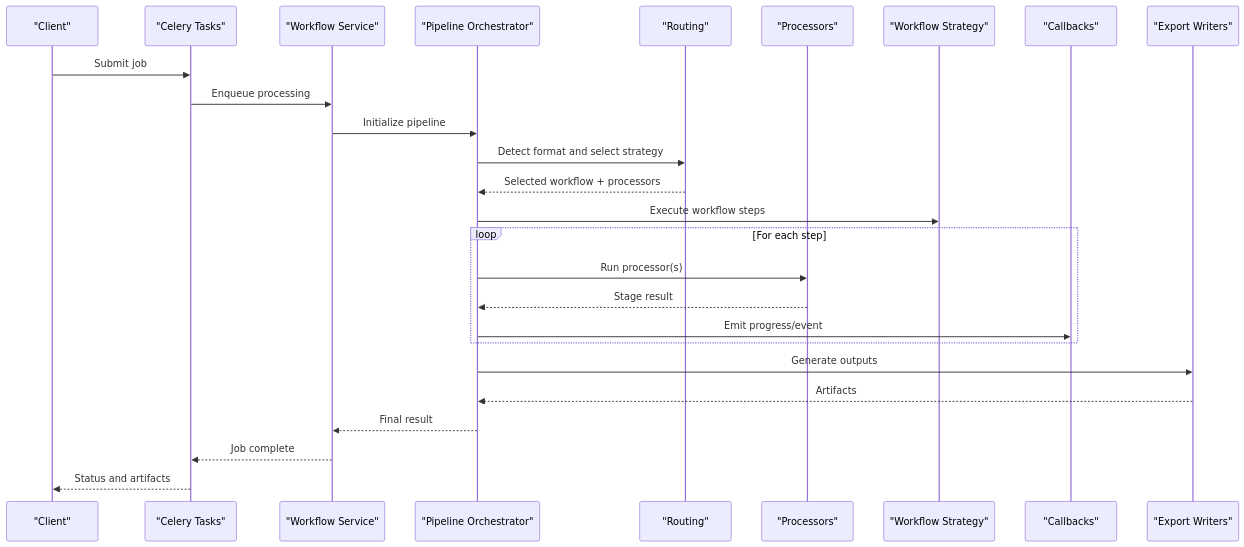
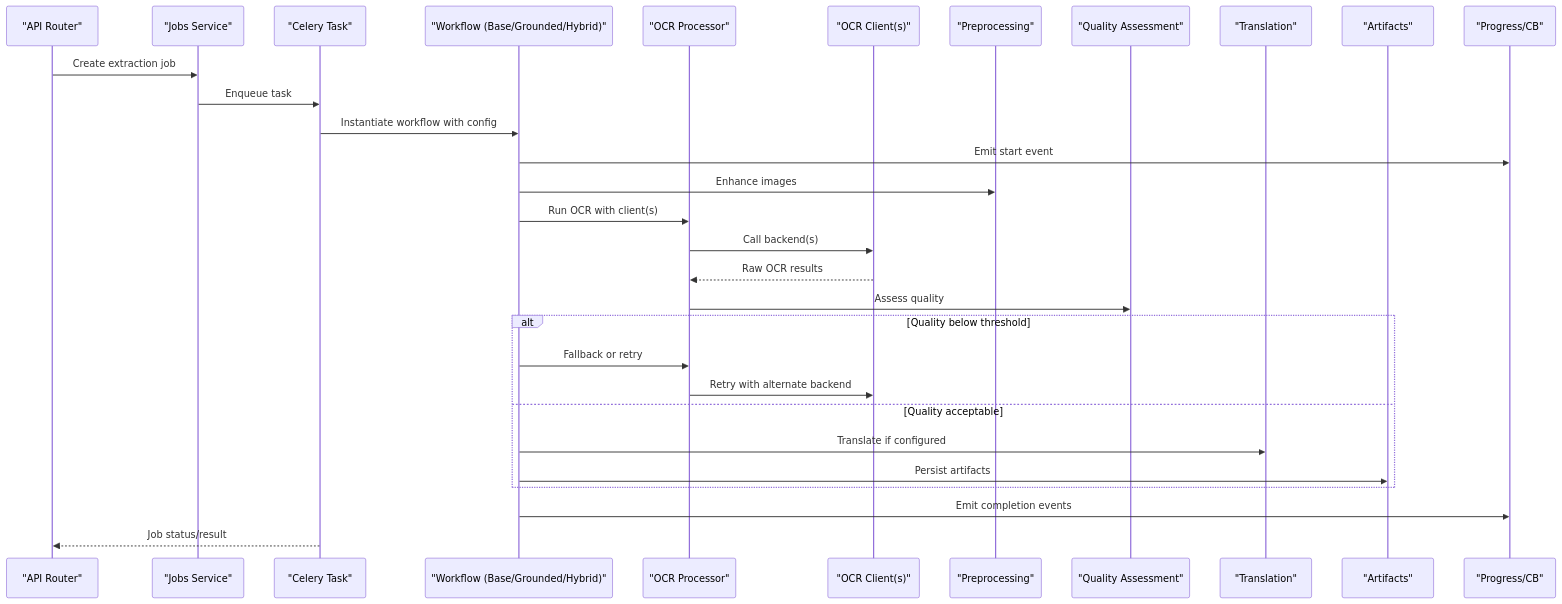
Before and after one commit to Sifr-r/LocalDeepL: the second of 7 diagrams in .qoder/repowiki/en/content/Core Processing Engine/Core Processing Engine.md, drawn with Mermaid. The commit also changed other lines of this file and 246 other files, not shown here.

````diff
--- a/.qoder/repowiki/en/content/Core Processing Engine/Core Processing Engine.md
+++ b/.qoder/repowiki/en/content/Core Processing Engine/Core Processing Engine.md
@@ -172,28 +155,32 @@
 ```mermaid
 sequenceDiagram
-participant Client as "Client"
-participant Tasks as "Celery Tasks"
-participant Svc as "Workflow Service"
-participant Pipe as "Pipeline Orchestrator"
-participant Rout as "Routing"
-participant Proc as "Processors"
-participant Wf as "Workflow Strategy"
-participant Cb as "Callbacks"
-participant Out as "Export Writers"
-Client->>Tasks : Submit job
-Tasks->>Svc : Enqueue processing
-Svc->>Pipe : Initialize pipeline
-Pipe->>Rout : Detect format and select strategy
-Rout-->>Pipe : Selected workflow + processors
-Pipe->>Wf : Execute workflow steps
-loop For each step
-Pipe->>Proc : Run processor(s)
-Proc-->>Pipe : Stage result
-Pipe->>Cb : Emit progress/event
+participant API as "API Router"
+participant Jobs as "Jobs Service"
+participant Task as "Celery Task"
+participant WF as "Workflow (Base/Grounded/Hybrid)"
+participant Proc as "OCR Processor"
+participant Client as "OCR Client(s)"
+participant Pre as "Preprocessing"
+participant QA as "Quality Assessment"
+participant Trans as "Translation"
+participant Art as "Artifacts"
+participant Prog as "Progress/CB"
+API->>Jobs : Create extraction job
+Jobs->>Task : Enqueue task
+Task->>WF : Instantiate workflow with config
+WF->>Prog : Emit start event
+WF->>Pre : Enhance images
+WF->>Proc : Run OCR with client(s)
+Proc->>Client : Call backend(s)
+Client-->>Proc : Raw OCR results
+Proc->>QA : Assess quality
+alt Quality below threshold
+WF->>Proc : Fallback or retry
+Proc->>Client : Retry with alternate backend
+else Quality acceptable
+WF->>Trans : Translate if configured
+WF->>Art : Persist artifacts
 end
-Pipe->>Out : Generate outputs
-Out-->>Pipe : Artifacts
-Pipe-->>Svc : Final result
-Svc-->>Tasks : Job complete
-Tasks-->>Client : Status and artifacts
+WF->>Prog : Emit completion events
+Task-->>API : Job status/result
 ```
````
